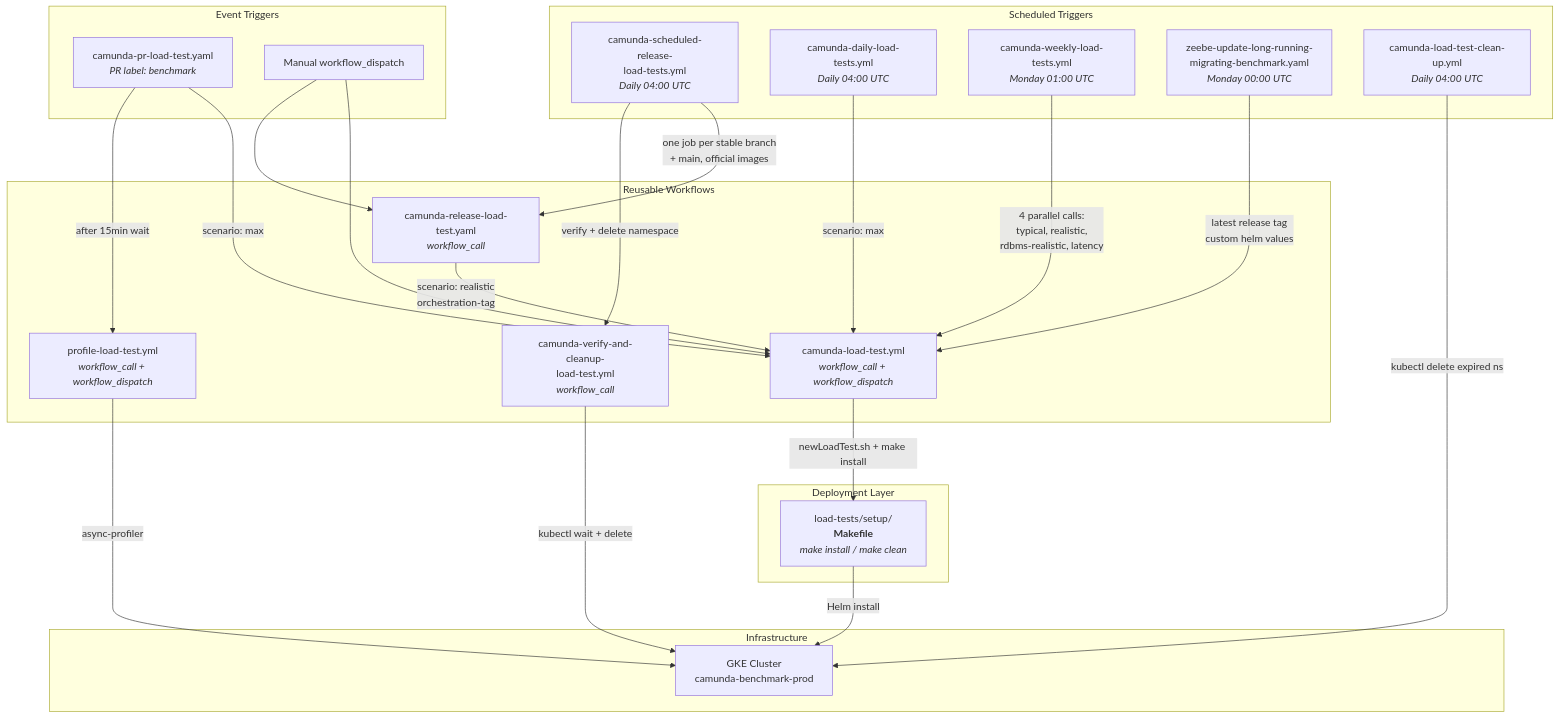
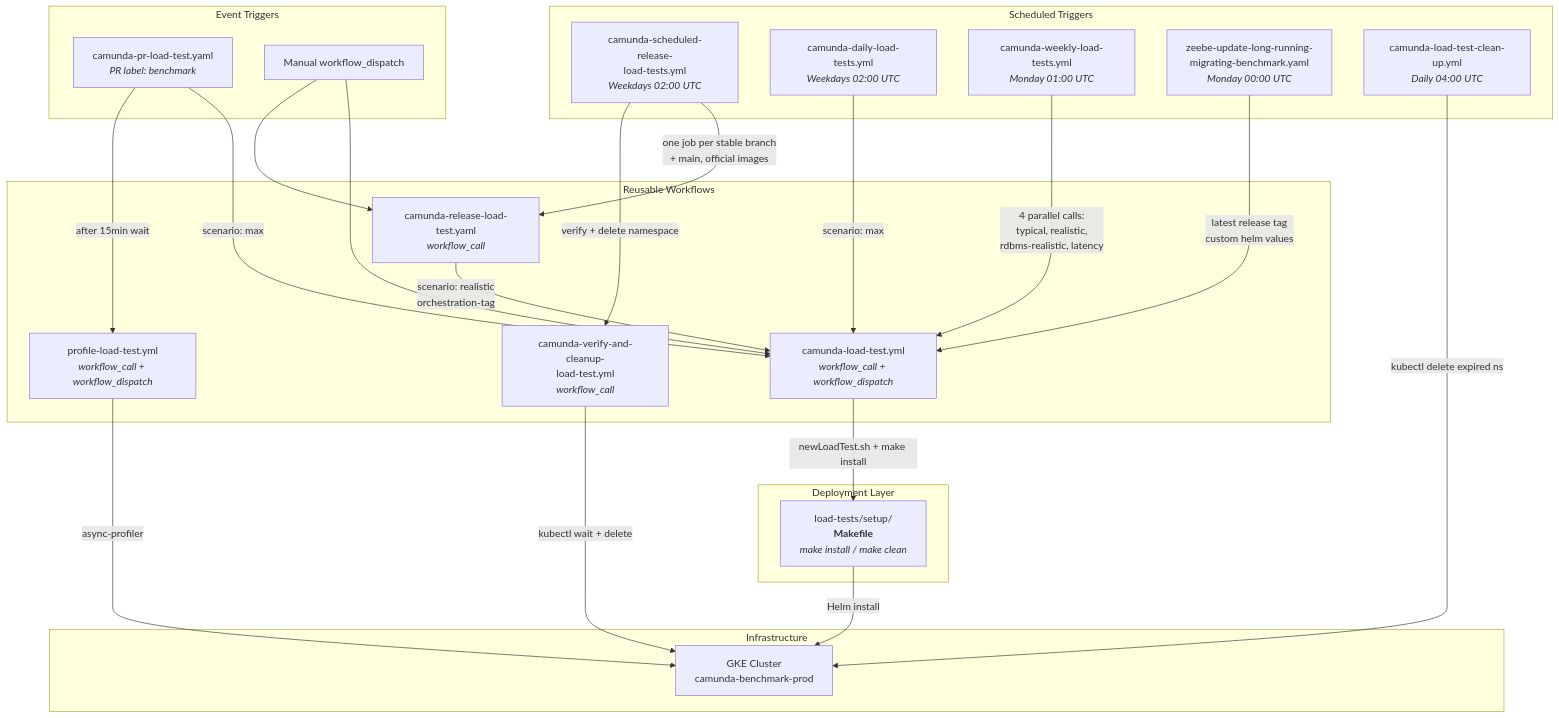
Before and after one commit to camunda/camunda: the diagram in load-tests/README.md, drawn with Mermaid. The commit also changed other lines of this file and 3065 other files, not shown here.

````diff
--- a/load-tests/README.md
+++ b/load-tests/README.md
@@ -38,47 +38,47 @@
 ```mermaid
 graph TD
     subgraph "Scheduled Triggers"
-        SCHEDULED["camunda-scheduled-release-<br/>load-tests.yml<br/><i>Daily 04:00 UTC</i>"]
-        DAILY["camunda-daily-load-tests.yml<br/><i>Daily 04:00 UTC</i>"]
+        SCHEDULED["camunda-scheduled-release-<br/>load-tests.yml<br/><i>Weekdays 02:00 UTC</i>"]
+        DAILY["camunda-daily-load-tests.yml<br/><i>Weekdays 02:00 UTC</i>"]
         WEEKLY["camunda-weekly-load-tests.yml<br/><i>Monday 01:00 UTC</i>"]
         ROLLING["zeebe-update-long-running-<br/>migrating-benchmark.yaml<br/><i>Monday 00:00 UTC</i>"]
         CLEANUP["camunda-load-test-clean-up.yml<br/><i>Daily 04:00 UTC</i>"]
     end
 
     subgraph "Event Triggers"
         PR["camunda-pr-load-test.yaml<br/><i>PR label: benchmark</i>"]
         ADHOC["Manual workflow_dispatch"]
     end
 
     subgraph "Reusable Workflows"
         RELEASE["camunda-release-load-test.yaml<br/><i>workflow_call</i>"]
         CORE["camunda-load-test.yml<br/><i>workflow_call + workflow_dispatch</i>"]
         VERIFY["camunda-verify-and-cleanup-<br/>load-test.yml<br/><i>workflow_call</i>"]
         PROFILE["profile-load-test.yml<br/><i>workflow_call + workflow_dispatch</i>"]
     end
 
     subgraph "Deployment Layer"
         MAKEFILE["load-tests/setup/<br/><b>Makefile</b><br/><i>make install / make clean</i>"]
     end
 
     subgraph "Infrastructure"
         GKE["GKE Cluster<br/>camunda-benchmark-prod"]
     end
 
     SCHEDULED -- "one job per stable branch<br/>+ main, official images" --> RELEASE
     SCHEDULED -- "verify + delete namespace" --> VERIFY
     DAILY -- "scenario: max" --> CORE
     WEEKLY -- "4 parallel calls:<br/>typical, realistic,<br/>rdbms-realistic, latency" --> CORE
     ROLLING -- "latest release tag<br/>custom helm values" --> CORE
     RELEASE -- "scenario: realistic<br/>orchestration-tag" --> CORE
     PR -- "scenario: max" --> CORE
     PR -- "after 15min wait" --> PROFILE
     ADHOC --> CORE
     ADHOC --> RELEASE
 
     CORE -- "newLoadTest.sh + make install" --> MAKEFILE
     MAKEFILE -- "Helm install" --> GKE
     PROFILE -- "async-profiler" --> GKE
     VERIFY -- "kubectl wait + delete" --> GKE
     CLEANUP -- "kubectl delete expired ns" --> GKE
 ```
````
